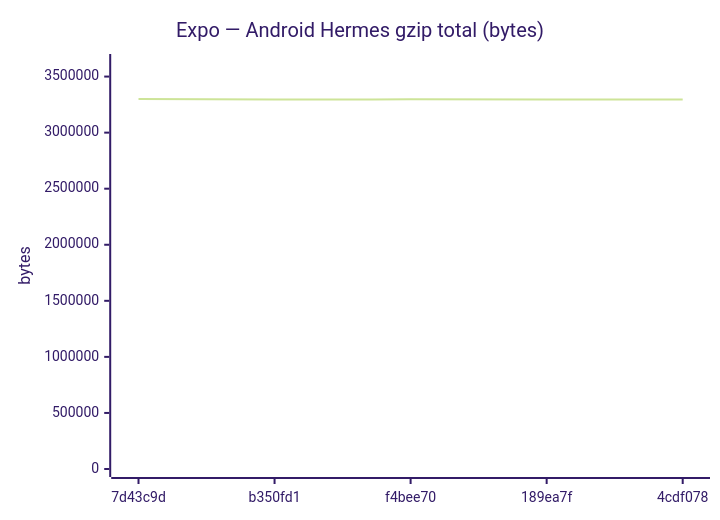
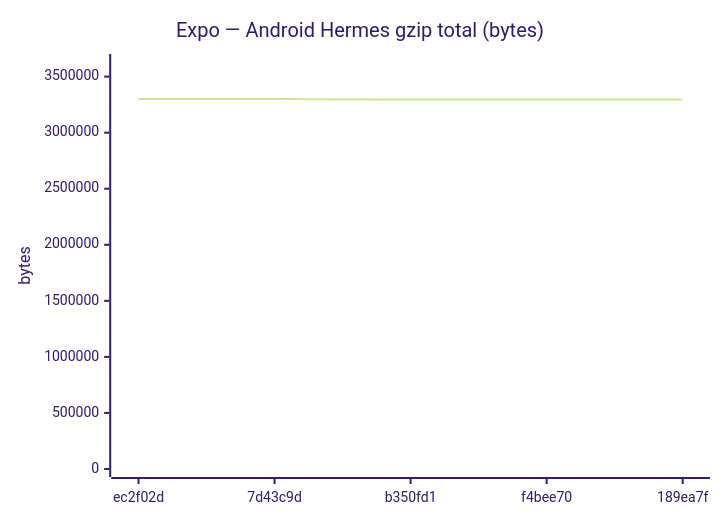
One commit to Metaheurist/Rianell changed diagram 11 of 18 in benchmarks/compare.md. Above: the diagram before and after it, drawn with Mermaid (forest theme). The commit also changed other lines of this file and 11 other files, not shown here.

````diff
--- a/benchmarks/compare.md
+++ b/benchmarks/compare.md
@@ -172,7 +172,7 @@
 ```mermaid
 xychart-beta
     title "Expo — Android Hermes gzip total (bytes)"
-    x-axis ["7d43c9d", "b350fd1", "f4bee70", "189ea7f", "4cdf078"]
-    y-axis "bytes" 0 --> 3629946
-    line [3299950, 3296025, 3296632, 3296023, 3295973]
+    x-axis ["ec2f02d", "7d43c9d", "b350fd1", "f4bee70", "189ea7f"]
+    y-axis "bytes" 0 --> 3630575
+    line [3300522, 3299950, 3296025, 3296632, 3296023]
 ```
````
